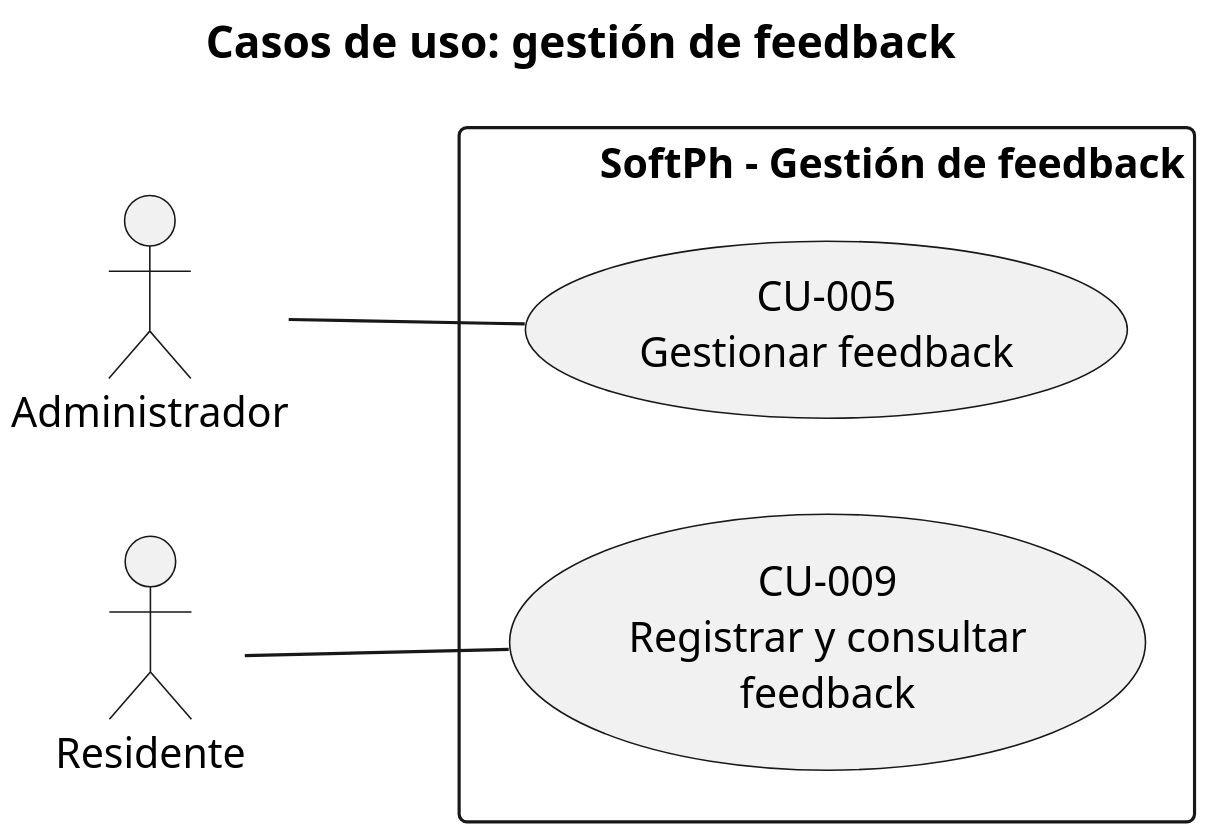
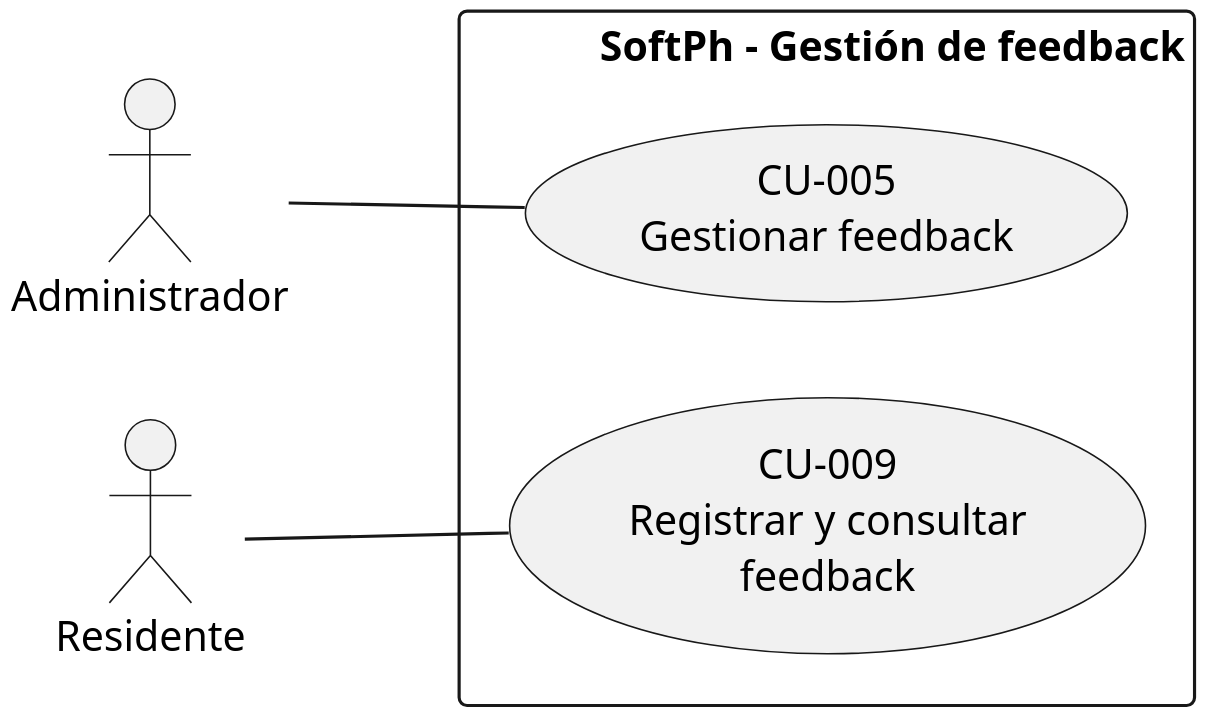
One commit to yilberDev/SoftPh-Academico changed the diagram in docs/entrega-objetivos/casos-uso/cu-04-feedback.puml. Above: the diagram before and after it, drawn with PlantUML. The commit also changed 69 other files, not shown here.

First line of the commit message:
docs(diagrams): drop titles and clear crossed labels

```diff
--- a/docs/entrega-objetivos/casos-uso/cu-04-feedback.puml
+++ b/docs/entrega-objetivos/casos-uso/cu-04-feedback.puml
@@ -1,30 +1,30 @@
 @startuml
 ' Casos de uso del módulo «Gestión de feedback» (Figura 5; diagrama D04 del documento).
 ' Nombres: fichas oficiales en docs/casos-uso/. Las fichas de CU-005 y CU-009 se relacionan entre sí
 ' (el administrador gestiona lo que el residente registra) sin que uno incluya o extienda al otro:
 ' son dos actores distintos en momentos distintos. La notificación al residente está en la Figura 6.
 skinparam dpi 300
 skinparam monochrome true
 skinparam backgroundColor white
 skinparam shadowing false
 skinparam defaultFontName Helvetica
 skinparam defaultFontSize 13
 skinparam linetype polyline
 skinparam packageStyle rectangle
 skinparam packageTitleAlignment right
 skinparam nodesep 30
 skinparam ranksep 70
 left to right direction
-title Casos de uso: gestión de feedback
+' Título (no se dibuja; lo pone el pie de figura del informe): Casos de uso: gestión de feedback
 
 actor "Administrador" as admin
 actor "Residente" as resident
 
 rectangle "SoftPh – Gestión de feedback" {
   usecase "CU-005\nGestionar feedback" as CU005
   usecase "CU-009\nRegistrar y consultar\nfeedback" as CU009
 }
 
 admin -- CU005
 resident -- CU009
 @enduml
```
